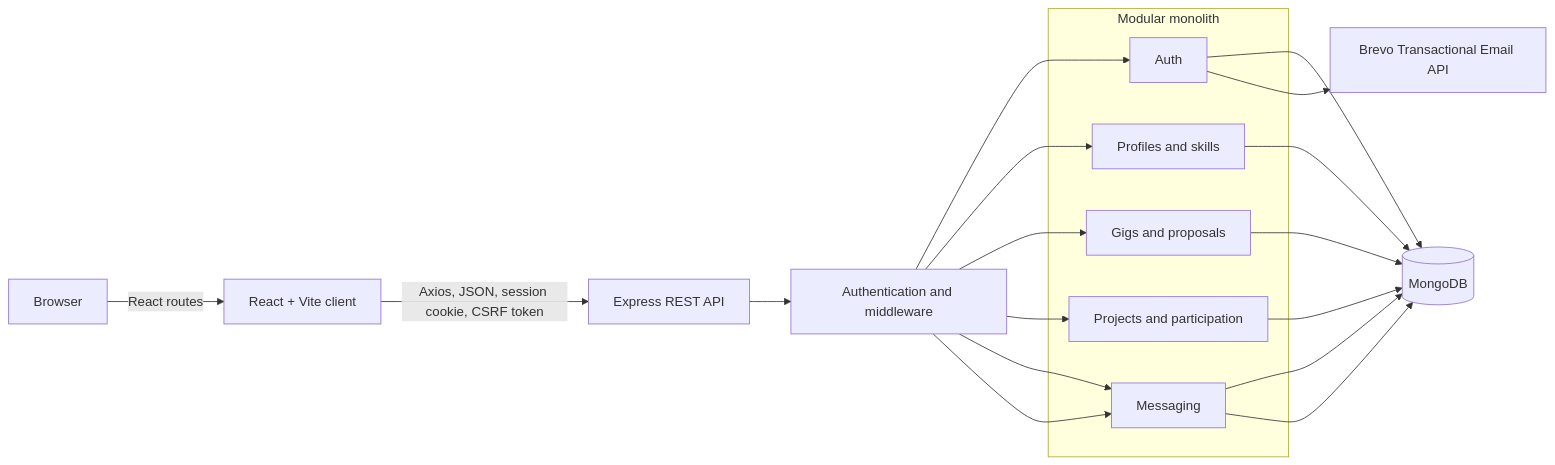
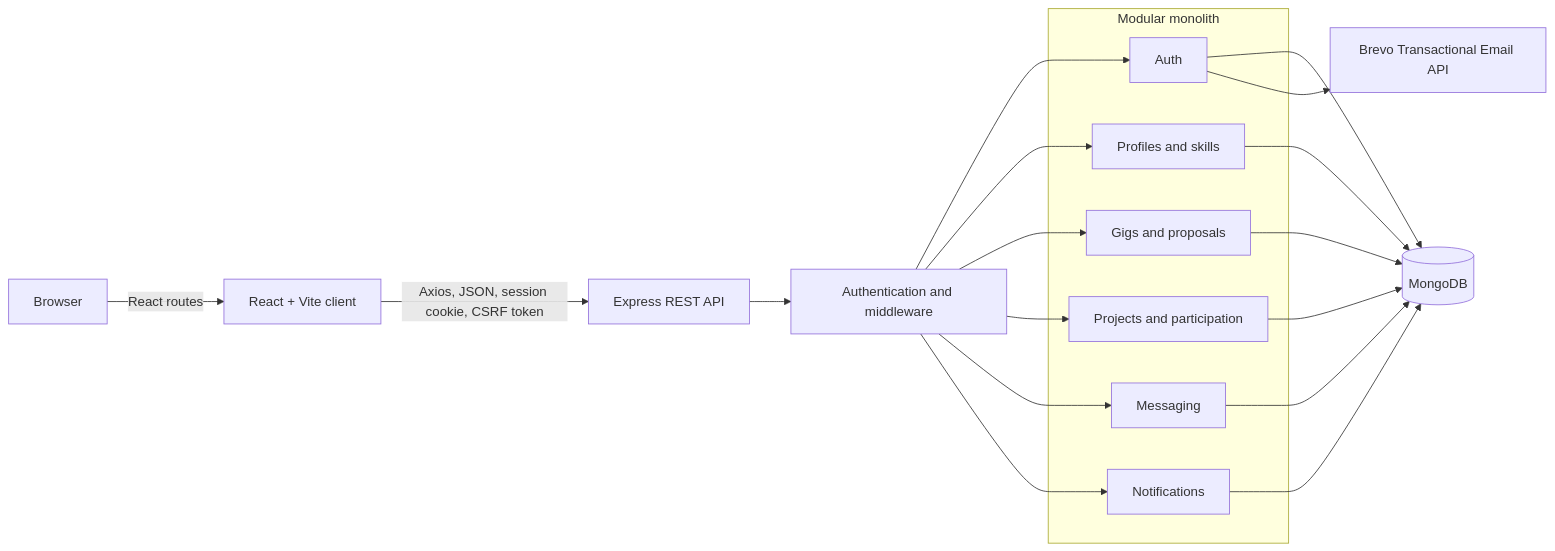
Before and after one commit to sristikundu1/CampusCollab: the diagram in README.md, drawn with Mermaid. The commit also changed other lines of this file and 28 other files, not shown here.

Commit message:
feat(notifications): add secure notification workflow

````diff
--- a/README.md
+++ b/README.md
@@ -83,29 +82,29 @@
 ```mermaid
 flowchart LR
     U[Browser] -->|React routes| C[React + Vite client]
     C -->|Axios, JSON, session cookie, CSRF token| A[Express REST API]
     A --> M[Authentication and middleware]
     M --> AUTH
     M --> PROFILE
     M --> GIG
     M --> PROJECT
     M --> MESSAGE
-    M --> MESSAGE
+    M --> NOTIFICATION
 
     subgraph MODULES[Modular monolith]
       AUTH[Auth]
       PROFILE[Profiles and skills]
       GIG[Gigs and proposals]
       PROJECT[Projects and participation]
       MESSAGE[Messaging]
-      MESSAGE[Messaging]
+      NOTIFICATION[Notifications]
     end
 
     AUTH --> DB[(MongoDB)]
     PROFILE --> DB
     GIG --> DB
     PROJECT --> DB
     MESSAGE --> DB
-    MESSAGE --> DB
+    NOTIFICATION --> DB
     AUTH --> EMAIL[Brevo Transactional Email API]
 ```
````
